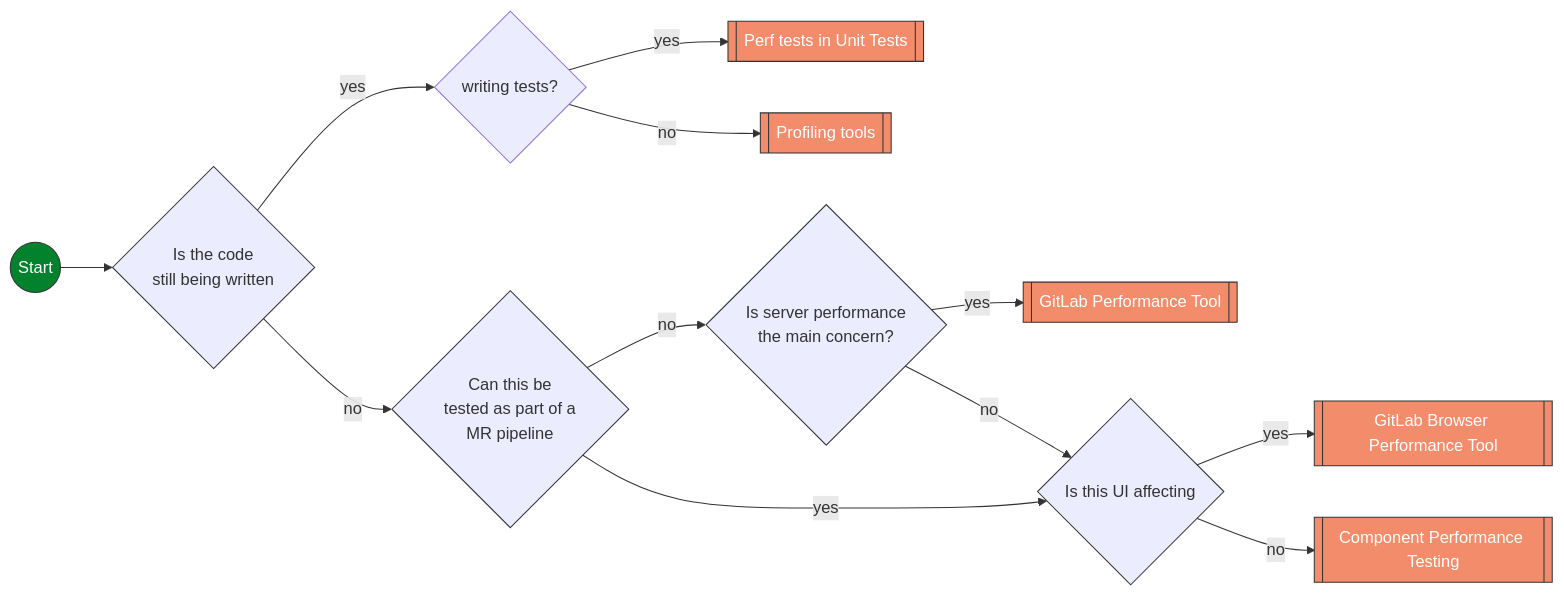
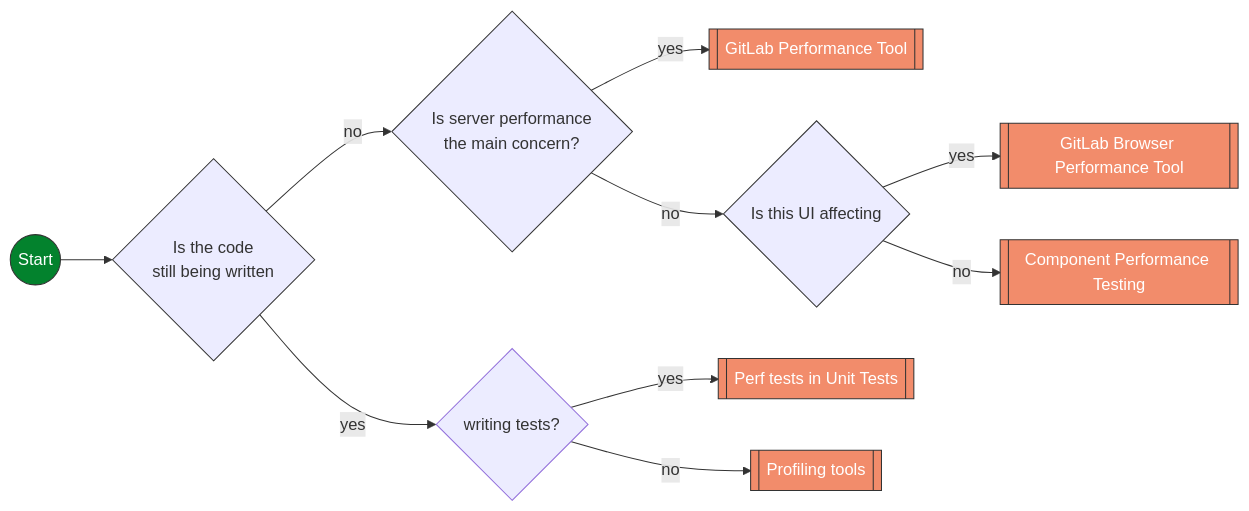
The diagram in content/handbook/engineering/testing/performance.md (zalyoung/gitlab-handbook), drawn with Mermaid before and after one commit.

Commit message:
Simplifying the diagram

````diff
--- a/content/handbook/engineering/testing/performance.md
+++ b/content/handbook/engineering/testing/performance.md
@@ -9,42 +9,38 @@
 ```mermaid
 flowchart LR
   START((Start))
   GPT[[GitLab Performance Tool]]
   GBPT[[GitLab Browser Performance Tool]]
   CPT[[Component Performance Testing]]
   UNIT[[Perf tests in Unit Tests]]
   PROFILE[[Profiling tools]]
   SPECS{writing tests?}
   BUILT{Is the code\nstill being written}
-  CODE{Can this be\ntested as part of a\nMR pipeline}
   UI{Is this UI affecting}
   ENV{Is server performance\nthe main concern?}
 
   START --> BUILT
-  BUILT -- no --> CODE
+  BUILT -- no --> ENV
   BUILT -- yes --> SPECS
   SPECS -- yes --> UNIT
   SPECS -- no --> PROFILE
-
-  CODE -- yes --> UI
-  CODE -- no --> ENV
 
   UI -- yes --> GBPT
   UI -- no --> CPT
 
   ENV -- yes --> GPT
   ENV -- no --> UI
 
   classDef decision fill:##f5f7f6,stroke:#333,stroke-width:1px,rx:5px;
   classDef tool fill:#F28C6B,stroke:#333,stroke-width:1px,color:white,rx:5px;
   classDef start fill:#03822d,stroke:#333,stroke-width:1px,color:white,rx:10px;
 
   class UI,ENV,CODE,BUILT decision;
   class GBPT,CPT,GPT,PROFILE,UNIT tool;
   class START start;
 
   click GPT "#system-level-load-testing"
   click GBPT "#client-side-performance-testing"
   click CPT "#component-performance-testing"
   click PROFILE "#profiling"
 ```
````
